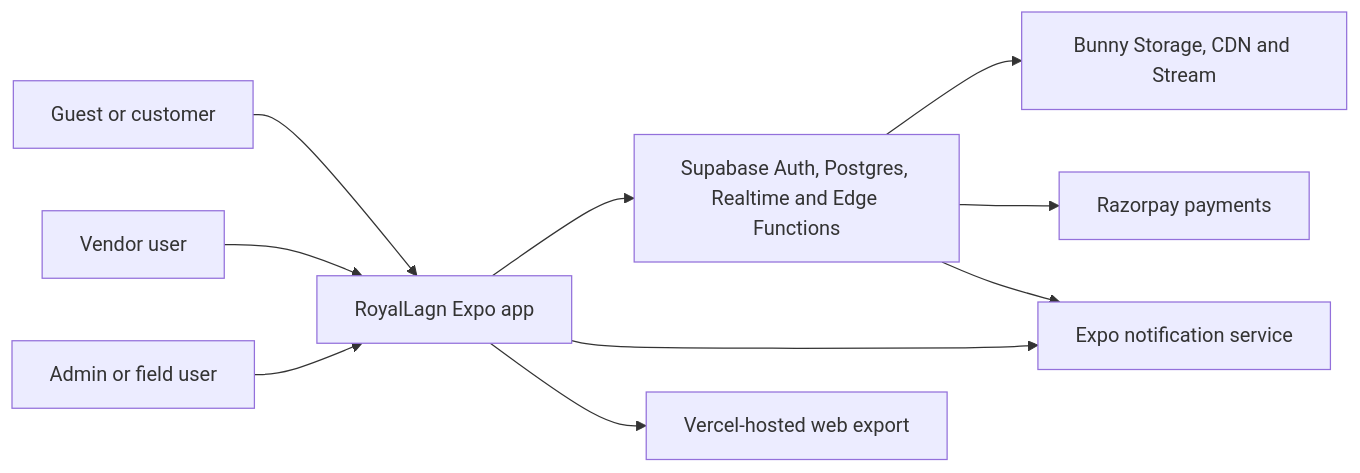
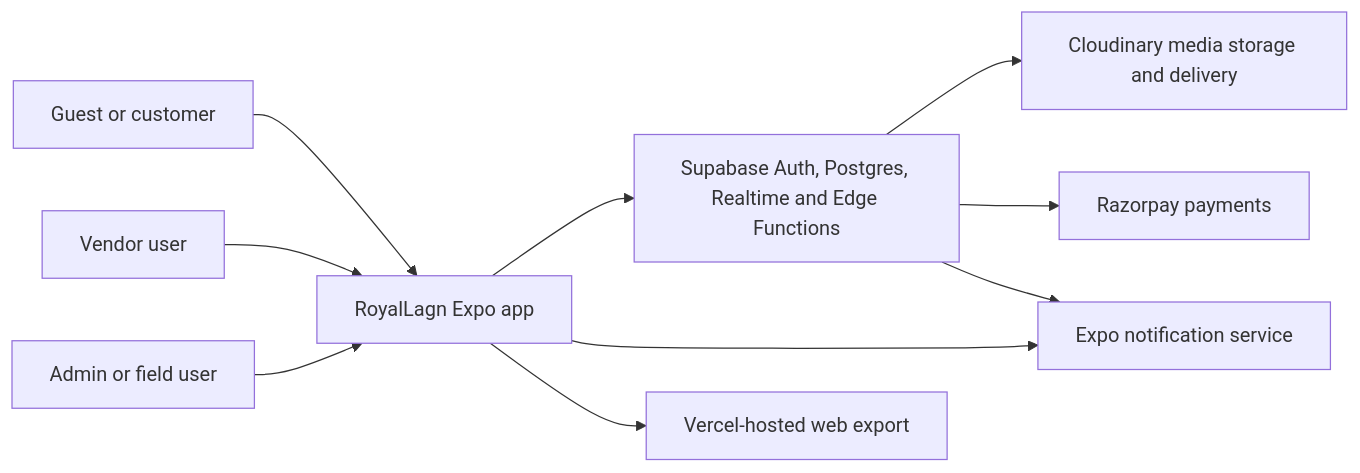
Before and after one commit to RoyalLagn/ROYAL-2.0: the first of 6 diagrams in docs/ARCHITECTURE.md, drawn with Mermaid. The commit also changed other lines of this file and 83 other files, not shown here.

Commit message:
Migrate media delivery from Bunny to Cloudinary

````diff
--- a/docs/ARCHITECTURE.md
+++ b/docs/ARCHITECTURE.md
@@ -24,12 +24,12 @@
 ```mermaid
 flowchart LR
     Guest[Guest or customer] --> Client[RoyalLagn Expo app]
     Vendor[Vendor user] --> Client
     Admin[Admin or field user] --> Client
     Client --> Supabase[Supabase Auth, Postgres, Realtime and Edge Functions]
     Client --> ExpoPush[Expo notification service]
-    Supabase --> Bunny[Bunny Storage, CDN and Stream]
+    Supabase --> Cloudinary[Cloudinary media storage and delivery]
     Supabase --> Razorpay[Razorpay payments]
     Supabase --> ExpoPush
     Client --> Vercel[Vercel-hosted web export]
 ```
````
